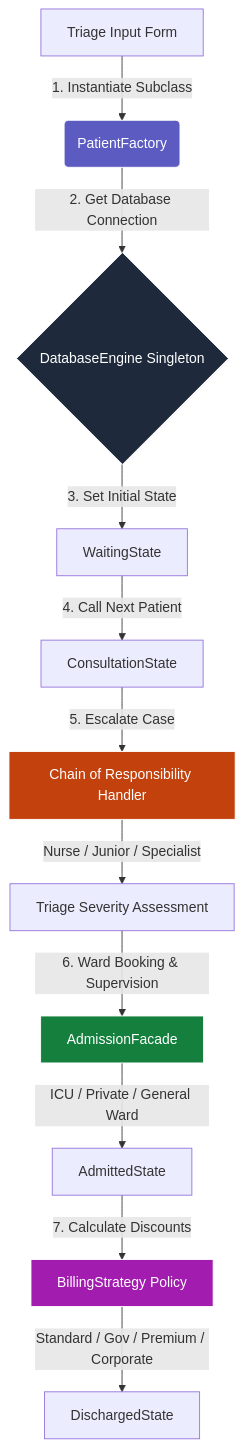
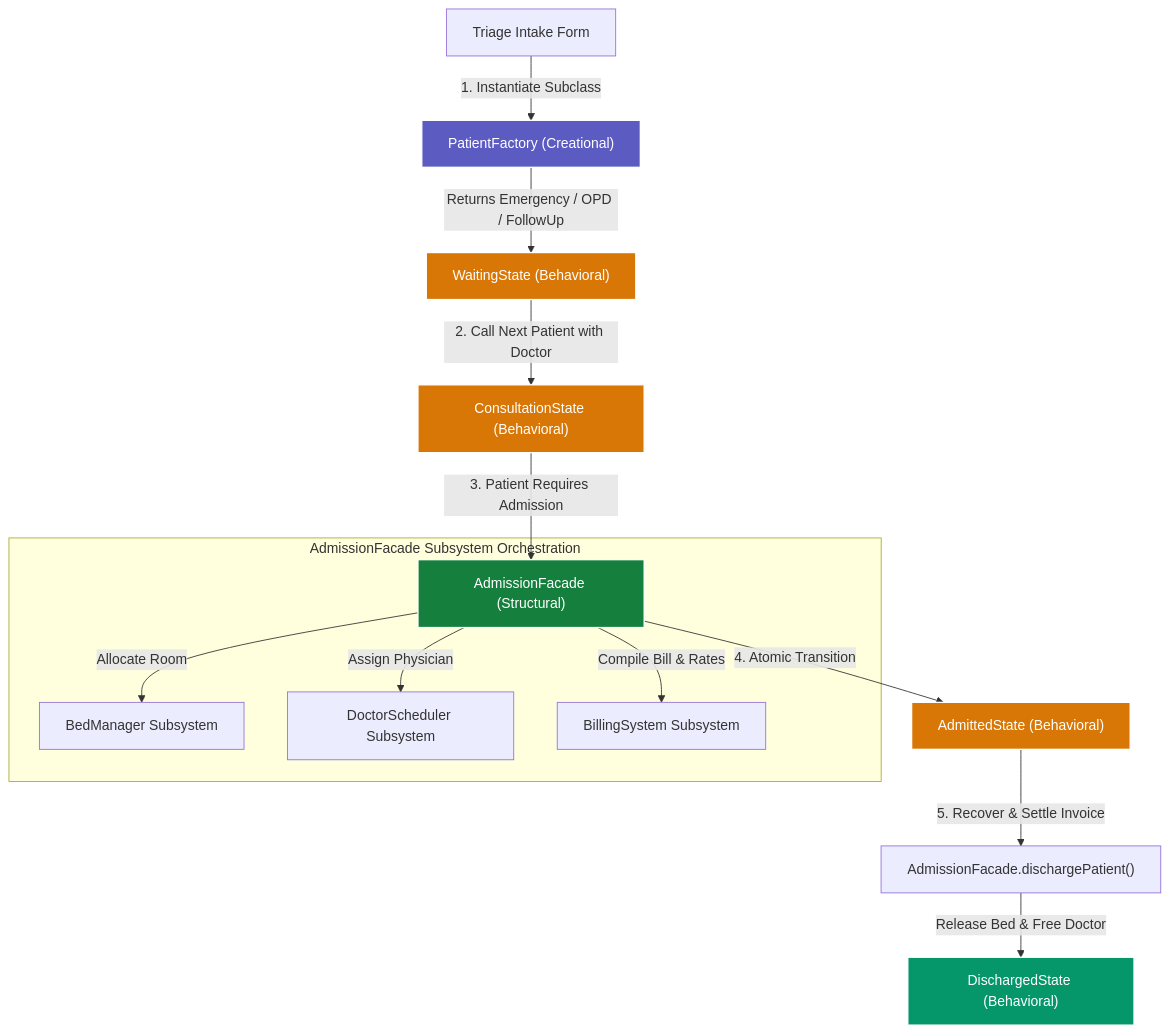
The diagram in README.md (divitha2005-hub/Hospital-Queue), drawn with Mermaid before and after one commit. The commit also changed other lines of this file and 32 other files, not shown here.

First line of the commit message:
Refactor codebase to 3 justifiable design patterns: Factory Method, Facade, and State Pattern

````diff
--- a/README.md
+++ b/README.md
@@ -17,19 +21,24 @@
 ```mermaid
 graph TD
-    A[Triage Input Form] -->|1. Instantiate Subclass| B(PatientFactory)
-    B -->|2. Get Database Connection| C{DatabaseEngine Singleton}
-    C -->|3. Set Initial State| D[WaitingState]
-    D -->|4. Call Next Patient| E[ConsultationState]
-    E -->|5. Escalate Case| F[Chain of Responsibility Handler]
-    F -->|Nurse / Junior / Specialist| G[Triage Severity Assessment]
-    G -->|6. Ward Booking & Supervision| H[AdmissionFacade]
-    H -->|ICU / Private / General Ward| I[AdmittedState]
-    I -->|7. Calculate Discounts| J[BillingStrategy Policy]
-    J -->|Standard / Gov / Premium / Corporate| K[DischargedState]
+    A["Triage Intake Form"] -->|"1. Instantiate Subclass"| B["PatientFactory (Creational)"]
+    B -->|"Returns Emergency / OPD / FollowUp"| C["WaitingState (Behavioral)"]
+    C -->|"2. Call Next Patient with Doctor"| D["ConsultationState (Behavioral)"]
+    D -->|"3. Patient Requires Admission"| E["AdmissionFacade (Structural)"]
     
-    style B fill:#5b5bc2,stroke:#fff,stroke-width:1px,color:#fff
-    style C fill:#1e293b,stroke:#fff,stroke-width:1px,color:#fff
-    style F fill:#c2410c,stroke:#fff,stroke-width:1px,color:#fff
-    style H fill:#15803d,stroke:#fff,stroke-width:1px,color:#fff
-    style J fill:#a21caf,stroke:#fff,stroke-width:1px,color:#fff
+    subgraph "AdmissionFacade Subsystem Orchestration"
+        E -->|"Allocate Room"| F["BedManager Subsystem"]
+        E -->|"Assign Physician"| G["DoctorScheduler Subsystem"]
+        E -->|"Compile Bill & Rates"| H["BillingSystem Subsystem"]
+    end
+    
+    E -->|"4. Atomic Transition"| I["AdmittedState (Behavioral)"]
+    I -->|"5. Recover & Settle Invoice"| J["AdmissionFacade.dischargePatient()"]
+    J -->|"Release Bed & Free Doctor"| K["DischargedState (Behavioral)"]
+    
+    style B fill:#5b5bc2,stroke:#fff,stroke-width:1.5px,color:#fff
+    style C fill:#d97706,stroke:#fff,stroke-width:1.5px,color:#fff
+    style D fill:#d97706,stroke:#fff,stroke-width:1.5px,color:#fff
+    style E fill:#15803d,stroke:#fff,stroke-width:1.5px,color:#fff
+    style I fill:#d97706,stroke:#fff,stroke-width:1.5px,color:#fff
+    style K fill:#059669,stroke:#fff,stroke-width:1.5px,color:#fff
 ```
````
